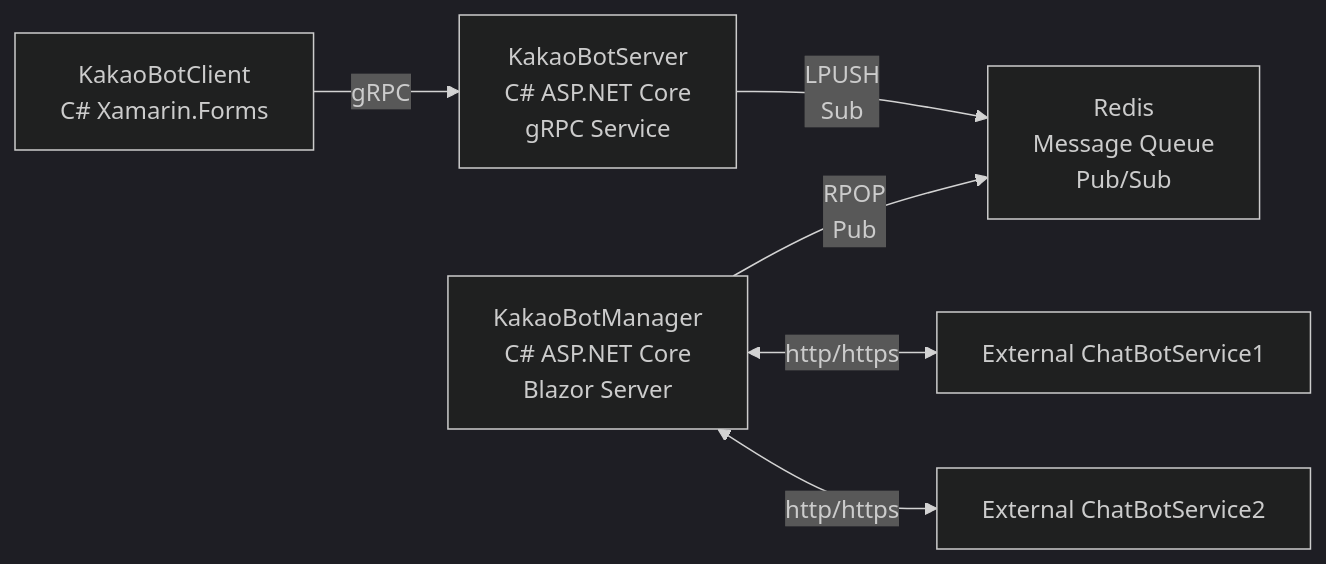
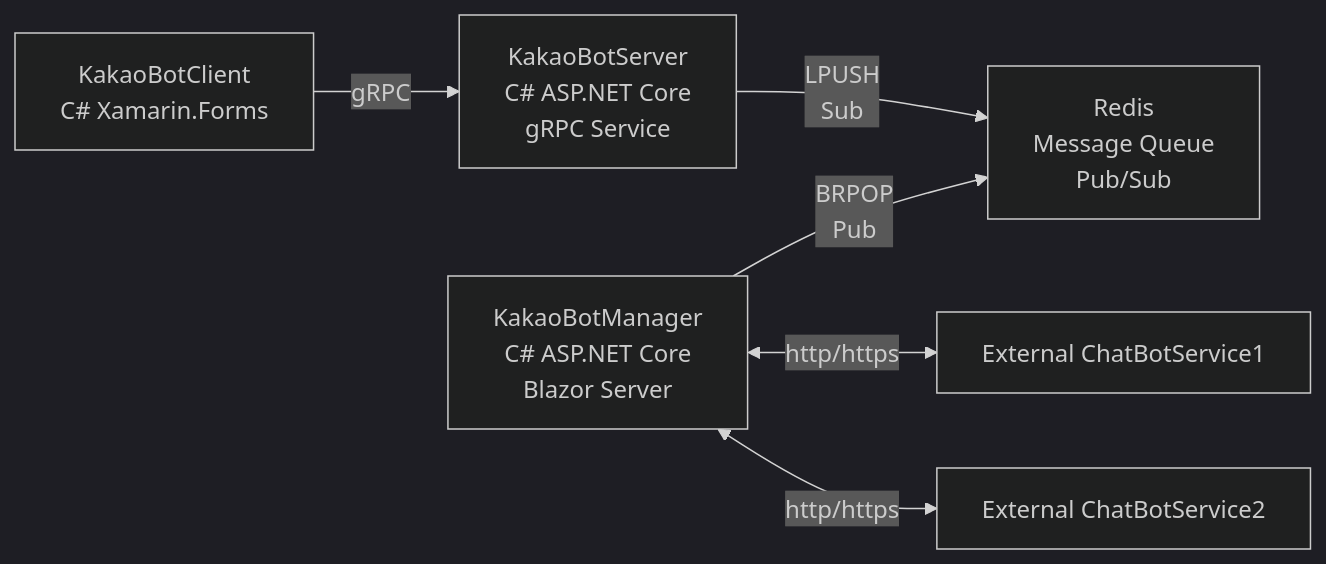
One commit to cola314/KakaoBotServer changed the first of 3 diagrams in README.md. Above: the diagram before and after it, drawn with Mermaid (dark theme). The commit also changed other lines of this file, not shown here.

Commit message:
docs: Redis Queue RPOP 명령어 대신 BRPOP 명령어를 사용하도록 수정하여 문서에 반영

````diff
--- a/README.md
+++ b/README.md
@@ -53,8 +53,8 @@
 ```mermaid
 flowchart LR
     client[KakaoBotClient<br/>C# Xamarin.Forms]-->|gRPC|server[KakaoBotServer<br/>C# ASP.NET Core<br/>gRPC Service]
     server-->|LPUSH<br/>Sub|redis[Redis<br/>Message Queue<br/>Pub/Sub]
-    manager[KakaoBotManager<br/>C# ASP.NET Core<br/>Blazor Server]-->|RPOP<br/>Pub|redis
+    manager[KakaoBotManager<br/>C# ASP.NET Core<br/>Blazor Server]-->|BRPOP<br/>Pub|redis
     manager<-->|http/https|chatbot[External ChatBotService1]
     manager<-->|http/https|chatbot2[External ChatBotService2]
 ```
````
